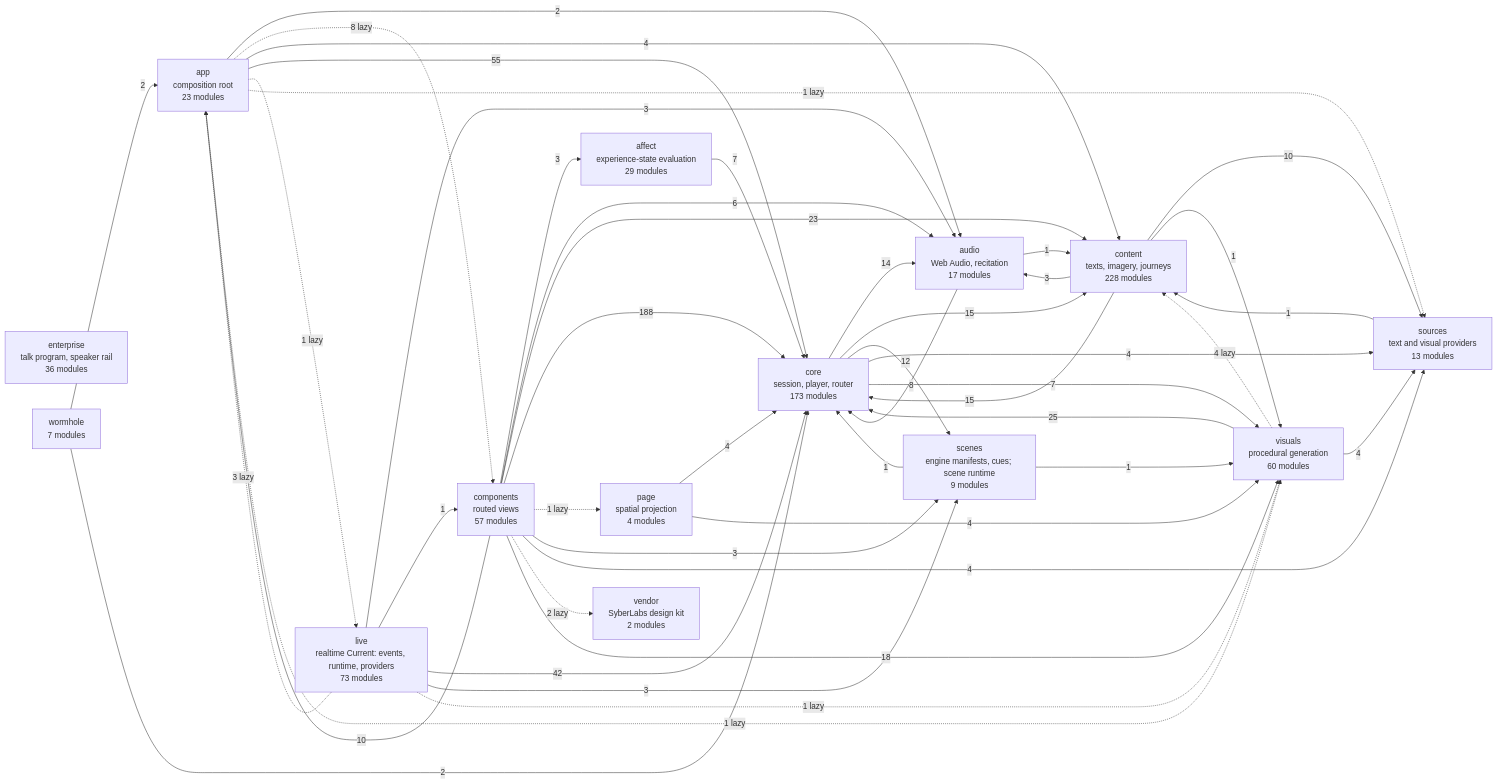
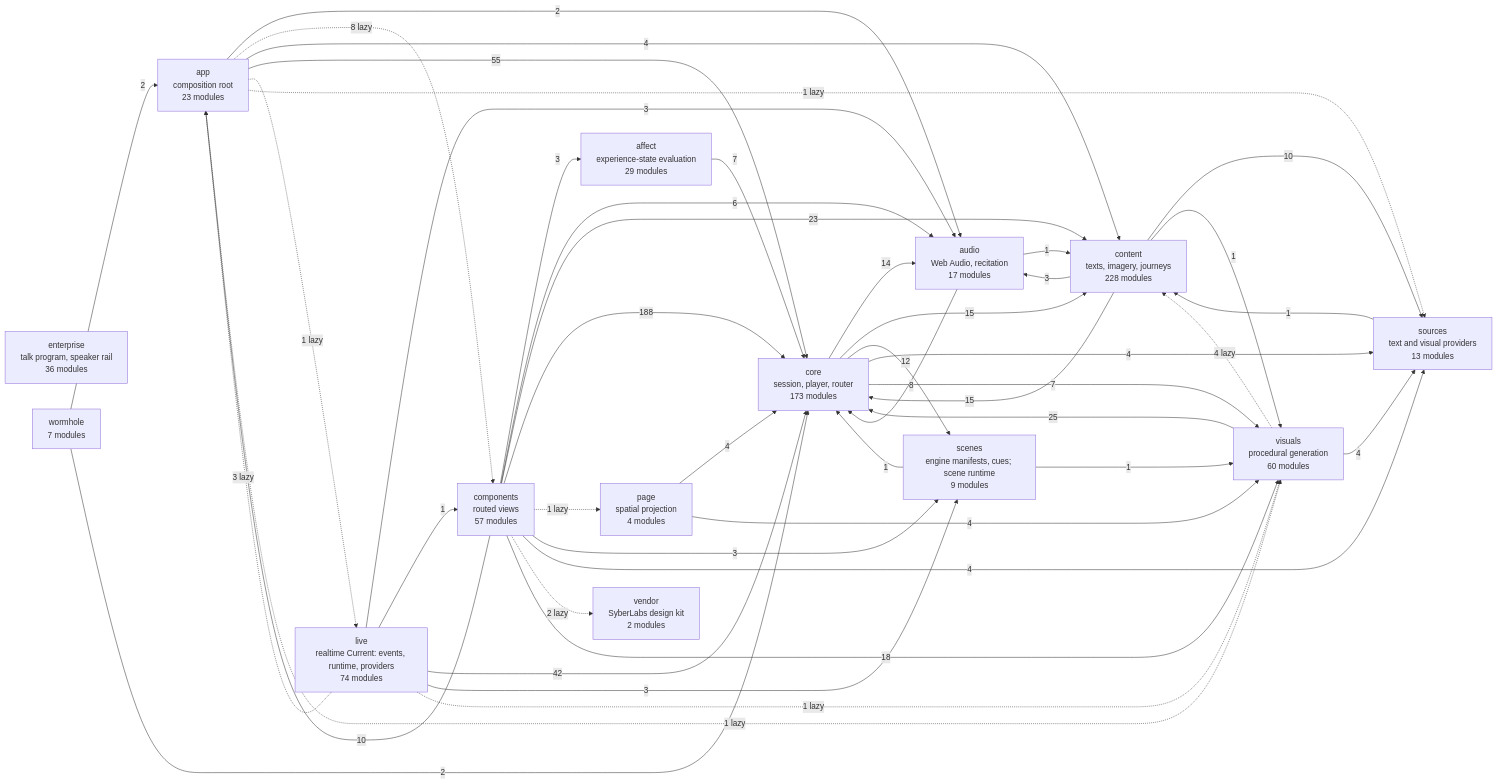
The diagram in docs/specs/ARCHITECTURE.md (SyberLabs/RISE), drawn with Mermaid before and after one commit. The commit also changed 20 other files, not shown here.

````diff
--- a/docs/specs/ARCHITECTURE.md
+++ b/docs/specs/ARCHITECTURE.md
@@ -161,63 +161,63 @@
 ```mermaid
 flowchart LR
     affect["affect<br/>experience-state evaluation<br/>29 modules"]
     app["app<br/>composition root<br/>23 modules"]
     audio["audio<br/>Web Audio, recitation<br/>17 modules"]
     components["components<br/>routed views<br/>57 modules"]
     content["content<br/>texts, imagery, journeys<br/>228 modules"]
     core["core<br/>session, player, router<br/>173 modules"]
     enterprise["enterprise<br/>talk program, speaker rail<br/>36 modules"]
-    live["live<br/>realtime Current: events, runtime, providers<br/>73 modules"]
+    live["live<br/>realtime Current: events, runtime, providers<br/>74 modules"]
     page["page<br/>spatial projection<br/>4 modules"]
     scenes["scenes<br/>engine manifests, cues; scene runtime<br/>9 modules"]
     sources["sources<br/>text and visual providers<br/>13 modules"]
     vendor["vendor<br/>SyberLabs design kit<br/>2 modules"]
     visuals["visuals<br/>procedural generation<br/>60 modules"]
     wormhole["wormhole<br/>7 modules"]
 
     affect --> |7| core
     app --> |2| audio
     app -.-> |8 lazy| components
     app --> |4| content
     app --> |55| core
     app -.-> |1 lazy| live
     app -.-> |1 lazy| sources
     app -.-> |1 lazy| visuals
     audio --> |1| content
     audio --> |8| core
     components --> |3| affect
     components --> |10| app
     components --> |6| audio
     components --> |23| content
     components --> |188| core
     components -.-> |1 lazy| page
     components --> |3| scenes
     components --> |4| sources
     components -.-> |2 lazy| vendor
     components --> |18| visuals
     content --> |3| audio
     content --> |15| core
     content --> |10| sources
     content --> |1| visuals
     core --> |14| audio
     core --> |15| content
     core --> |12| scenes
     core --> |4| sources
     core --> |7| visuals
     live -.-> |3 lazy| app
     live --> |3| audio
     live --> |1| components
     live --> |42| core
     live --> |3| scenes
     live -.-> |1 lazy| visuals
     page --> |4| core
     page --> |4| visuals
     scenes --> |1| core
     scenes --> |1| visuals
     sources --> |1| content
     visuals -.-> |4 lazy| content
     visuals --> |25| core
     visuals --> |4| sources
     wormhole --> |2| app
     wormhole --> |2| core
 ```
````
